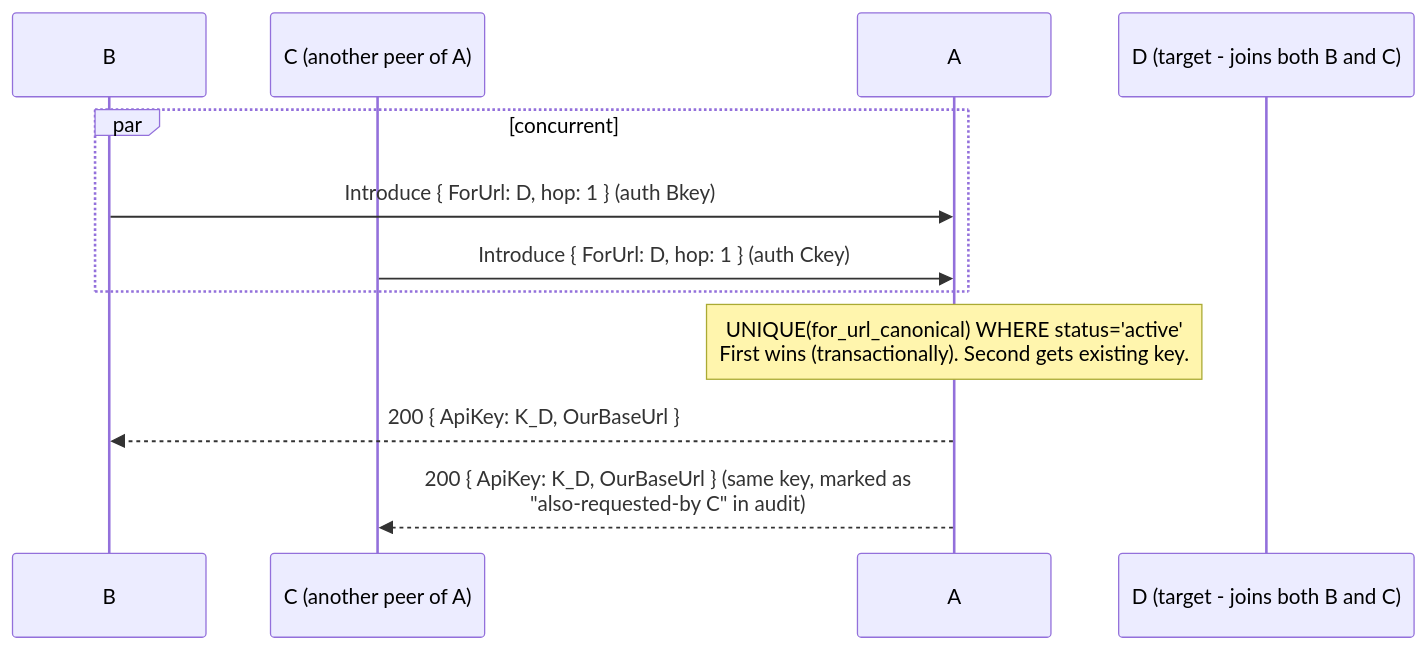
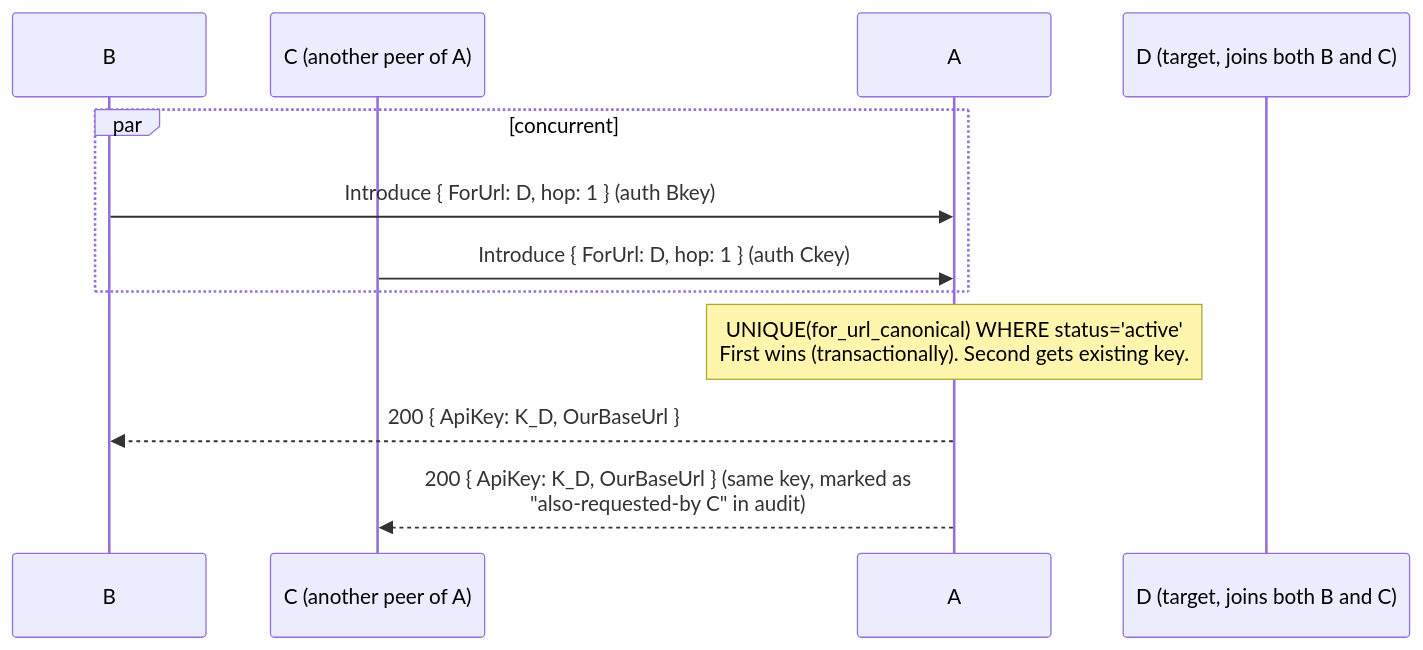
Before and after one commit to Vozec/Jellymesh: the first of 2 diagrams in docs/introductions.md, drawn with Mermaid. The commit also changed other lines of this file and 4 other files, not shown here.

````diff
--- a/docs/introductions.md
+++ b/docs/introductions.md
@@ -54,16 +54,16 @@
 ```mermaid
 sequenceDiagram
     participant B
     participant C as C (another peer of A)
     participant A
-    participant D as D (target - joins both B and C)
+    participant D as D (target, joins both B and C)
 
     par concurrent
         B->>A: Introduce { ForUrl: D, hop: 1 } (auth Bkey)
         C->>A: Introduce { ForUrl: D, hop: 1 } (auth Ckey)
     end
 
     Note over A: UNIQUE(for_url_canonical) WHERE status='active'<br/>First wins (transactionally). Second gets existing key.
     A-->>B: 200 { ApiKey: K_D, OurBaseUrl }
     A-->>C: 200 { ApiKey: K_D, OurBaseUrl } (same key, marked as<br/>"also-requested-by C" in audit)
 ```
````
